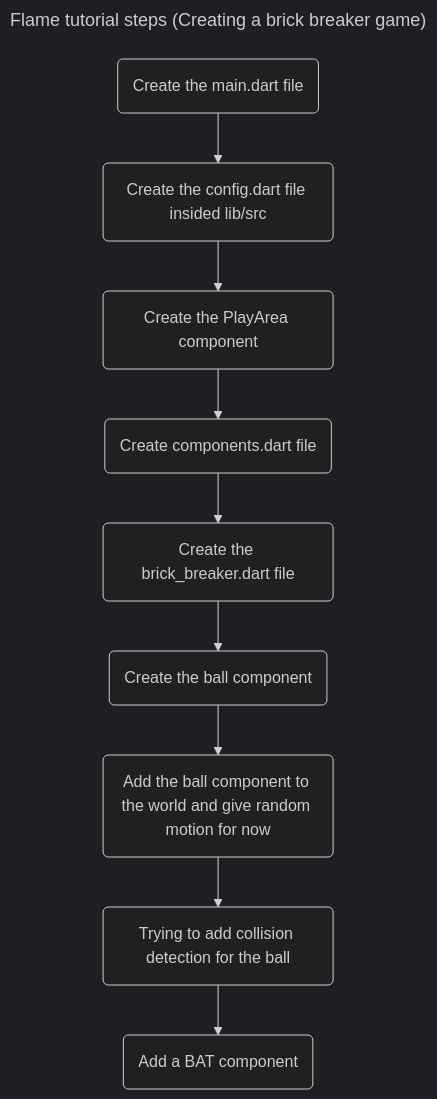
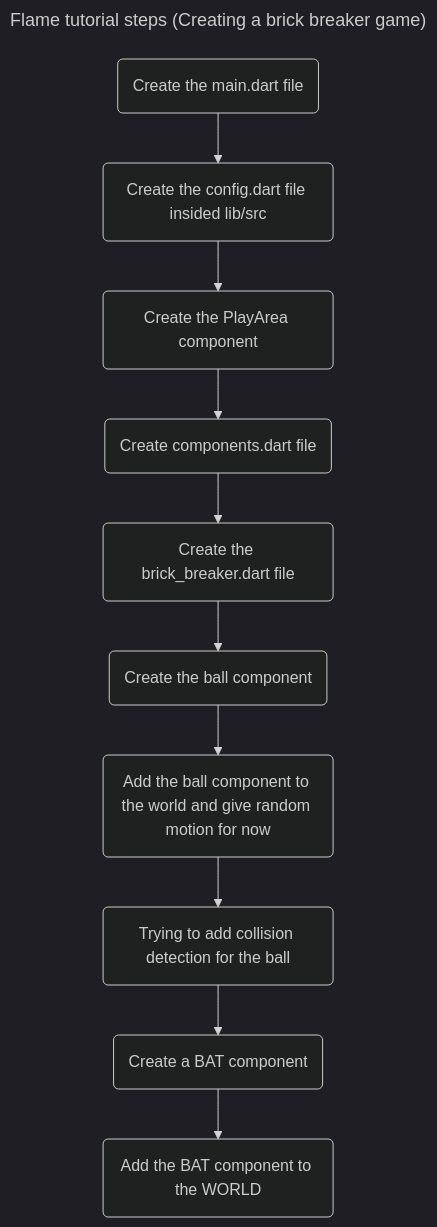
Before and after one commit to jydv402/brick_breaker_flame: the diagram in steps.md, drawn with Mermaid (dark theme). The commit also changed other lines of this file and 2 other files, not shown here.

Commit message:
Created the bat component

````diff
--- a/steps.md
+++ b/steps.md
@@ -1,19 +1,20 @@
 ```mermaid
 ---
 title: Flame tutorial steps (Creating a brick breaker game)
 ---
 flowchart TD
     id1(Create the main.dart file)
     id2(Create the config.dart file insided lib/src)
     id3(Create the PlayArea component)
     id4(Create components.dart file)
     id5(Create the brick_breaker.dart file)
     id6(Create the ball component)
     id7(Add the ball component to the world and give random motion for now)
     id8(Trying to add collision detection for the ball)
-    id9(Add a BAT component)
+    id9(Create a BAT component)
+    id10(Add the BAT component to the WORLD)
 
 
-    id1 --> id2 --> id3 --> id4 --> id5 --> id6 --> id7 --> id8 --> id9
+    id1 --> id2 --> id3 --> id4 --> id5 --> id6 --> id7 --> id8 --> id9 --> id10
 
 ```
````
